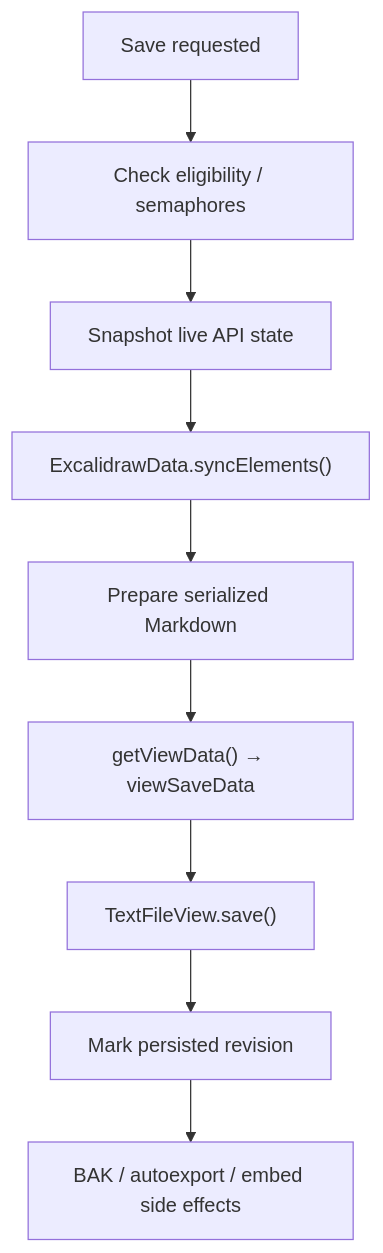
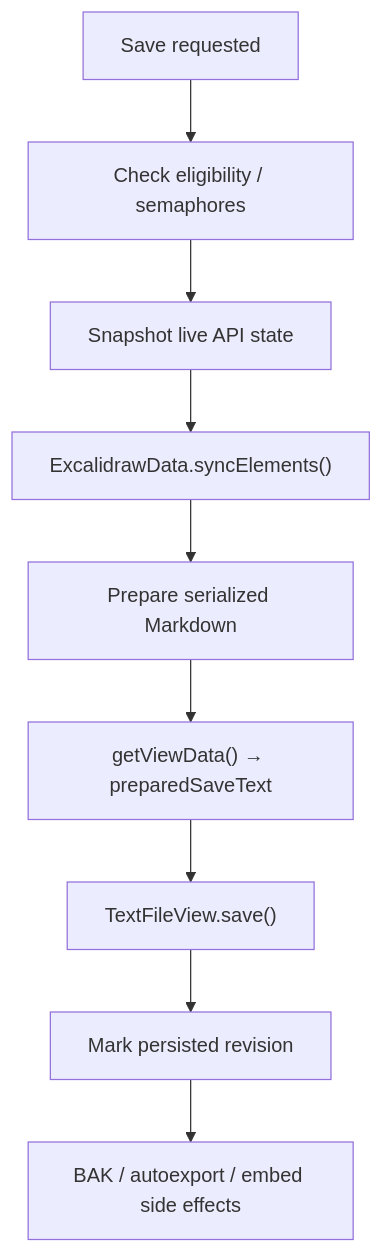
Before and after one commit to zsviczian/obsidian-excalidraw-plugin: the fifth of 14 diagrams in docs/Excalidraw Plugin File Persistence Lifecycle Design.md, drawn with Mermaid. The commit also changed other lines of this file and 4 other files, not shown here.

````diff
--- a/docs/Excalidraw Plugin File Persistence Lifecycle Design.md
+++ b/docs/Excalidraw Plugin File Persistence Lifecycle Design.md
@@ -586,14 +586,14 @@
 ```mermaid
 flowchart TD
     A["Save requested"]
     B["Check eligibility / semaphores"]
     C["Snapshot live API state"]
     D["ExcalidrawData.syncElements()"]
     E["Prepare serialized Markdown"]
-    F["getViewData() → viewSaveData"]
+    F["getViewData() → preparedSaveText"]
     G["TextFileView.save()"]
     H["Mark persisted revision"]
     I["BAK / autoexport / embed side effects"]
 
     A --> B --> C --> D --> E --> F --> G --> H --> I
 ```
````
